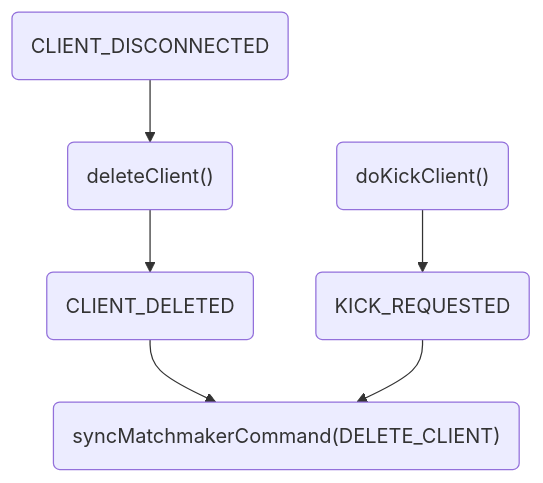
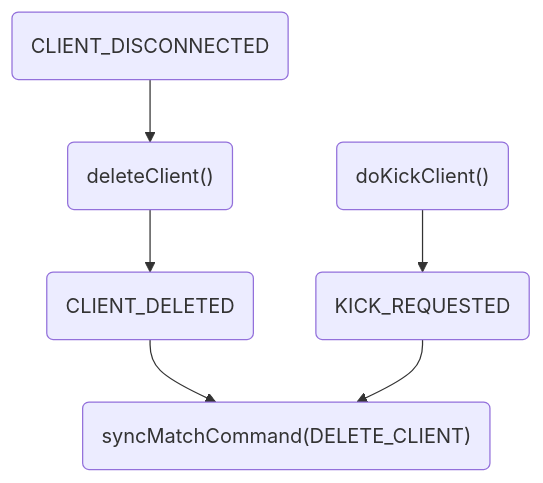
Before and after one commit to OMGSERVERS/omgservers: the diagram in omgservers-documentation/src/DeleteKickClient.md, drawn with Mermaid. The commit also changed 95 other files, not shown here.

````diff
--- a/omgservers-documentation/src/DeleteKickClient.md
+++ b/omgservers-documentation/src/DeleteKickClient.md
@@ -3,10 +3,10 @@
 ```mermaid
 graph TD;
 
 ClientDisconnected(CLIENT_DISCONNECTED) --> deleteClient("deleteClient()")
 deleteClient("deleteClient()") --> ClientDeleted(CLIENT_DELETED)
-ClientDeleted(CLIENT_DELETED) --> syncMatchmakerCommand("syncMatchmakerCommand(DELETE_CLIENT)")
+ClientDeleted(CLIENT_DELETED) --> syncMatchCommand("syncMatchCommand(DELETE_CLIENT)")
 doKickClient("doKickClient()") --> KickRequested(KICK_REQUESTED)
-KickRequested(KICK_REQUESTED) --> syncMatchmakerCommand("syncMatchmakerCommand(DELETE_CLIENT)")
+KickRequested(KICK_REQUESTED) --> syncMatchCommand("syncMatchCommand(DELETE_CLIENT)")
 
 ```
````
